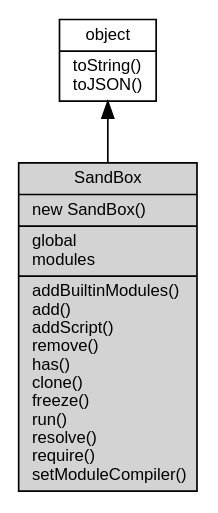
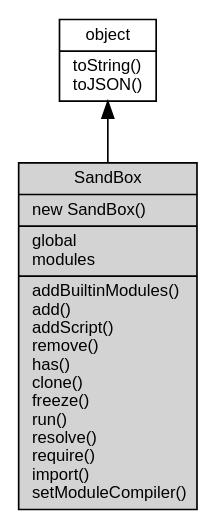
The diagram in docs/manual/object/ifs/SandBox.md (fibjs/fibjs.org), drawn with Graphviz before and after one commit. The commit also changed other lines of this file and 29 other files, not shown here.

````diff
--- a/docs/manual/object/ifs/SandBox.md
+++ b/docs/manual/object/ifs/SandBox.md
@@ -20,10 +27,10 @@
 ```dot
 digraph {
     node [fontname="Helvetica,sans-Serif", fontsize=10, shape="record", style="filled", fillcolor="white"];
 
     object [tooltip="object", URL="object.md", label="{object|toString()\ltoJSON()\l}"];
-    SandBox [tooltip="SandBox", fillcolor="lightgray", id="me", label="{SandBox|new SandBox()\l|global\lmodules\l|addBuiltinModules()\ladd()\laddScript()\lremove()\lhas()\lclone()\lfreeze()\lrun()\lresolve()\lrequire()\lsetModuleCompiler()\l}"];
+    SandBox [tooltip="SandBox", fillcolor="lightgray", id="me", label="{SandBox|new SandBox()\l|global\lmodules\l|addBuiltinModules()\ladd()\laddScript()\lremove()\lhas()\lclone()\lfreeze()\lrun()\lresolve()\lrequire()\limport()\lsetModuleCompiler()\l}"];
 
     object -> SandBox [dir=back];
 }
 ```
````
